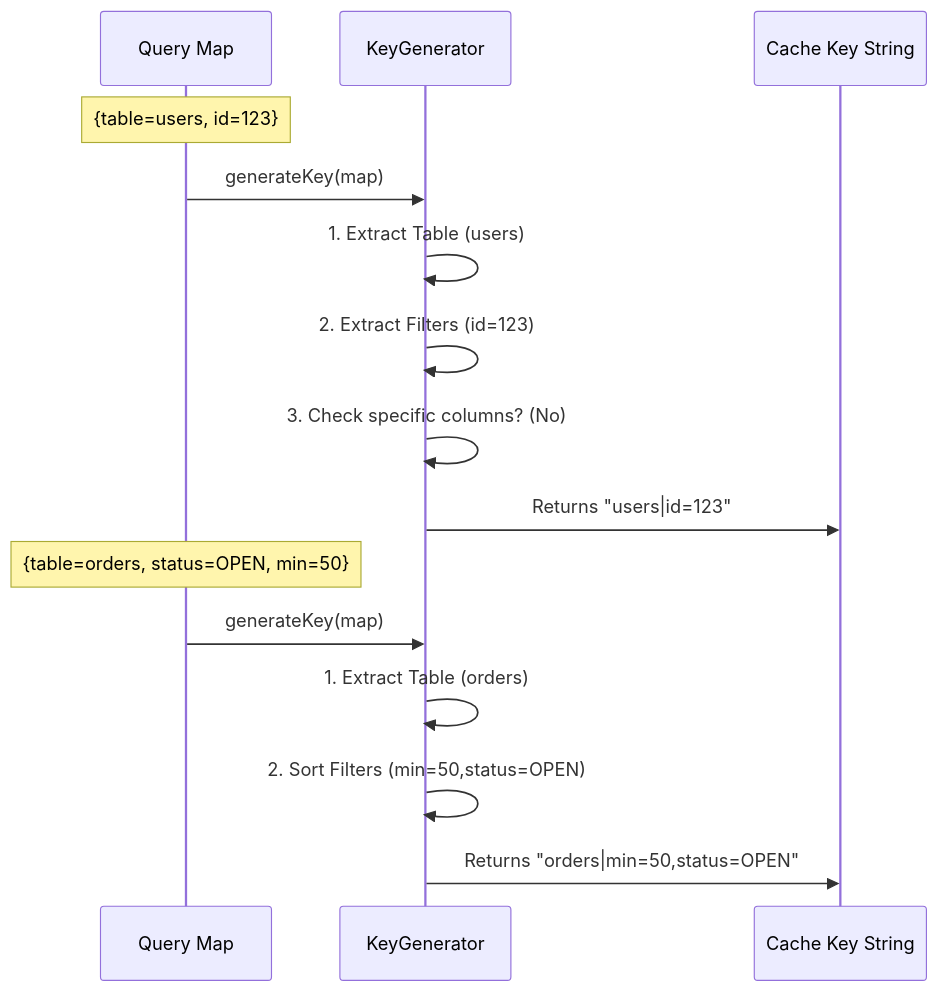
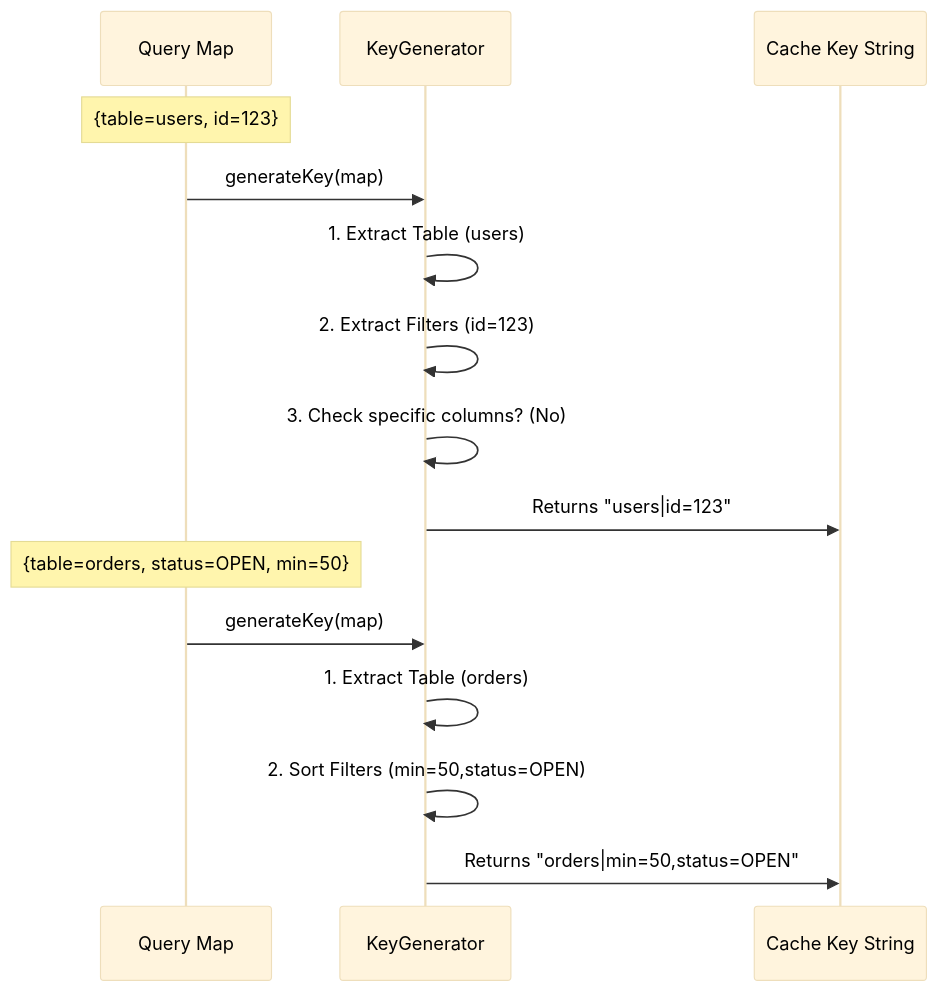
One commit to pradhyu/query-cache-service changed the second of 2 diagrams in README.md. Above: the diagram before and after it, drawn with Mermaid. The commit also changed other lines of this file, not shown here.

Commit message:
Force black text layout in Mermaid diagrams

````diff
--- a/README.md
+++ b/README.md
@@ -48,19 +50,20 @@
 ```mermaid
+%%{init: {'theme': 'base', 'themeVariables': { 'signalTextColor': '#000000', 'actorTextColor': '#000000', 'noteTextColor': '#000000'}}}%%
 sequenceDiagram
     participant Query as Query Map
     participant KG as KeyGenerator
     participant Key as Cache Key String
     
     Note over Query: {table=users, id=123}
     Query->>KG: generateKey(map)
     KG->>KG: 1. Extract Table (users)
     KG->>KG: 2. Extract Filters (id=123)
     KG->>KG: 3. Check specific columns? (No)
     KG->>Key: Returns "users|id=123"
     
     Note over Query: {table=orders, status=OPEN, min=50}
     Query->>KG: generateKey(map)
     KG->>KG: 1. Extract Table (orders)
     KG->>KG: 2. Sort Filters (min=50,status=OPEN)
     KG->>Key: Returns "orders|min=50,status=OPEN"
 ```
````
